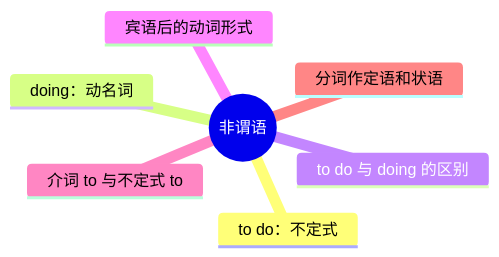
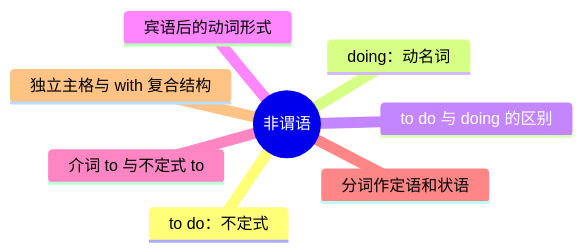
Before and after one commit to FitzLeewenlei/grammar: the seventh of 11 diagrams in grammar-mindmaps.md, drawn with Mermaid. The commit also changed other lines of this file and 15 other files, not shown here.

````diff
--- a/grammar-mindmaps.md
+++ b/grammar-mindmaps.md
@@ -123,10 +154,11 @@
 ```mermaid
 mindmap
   root((非谓语))
     to do：不定式
     doing：动名词
     to do 与 doing 的区别
     宾语后的动词形式
     介词 to 与不定式 to
     分词作定语和状语
+    独立主格与 with 复合结构
 ```
````
